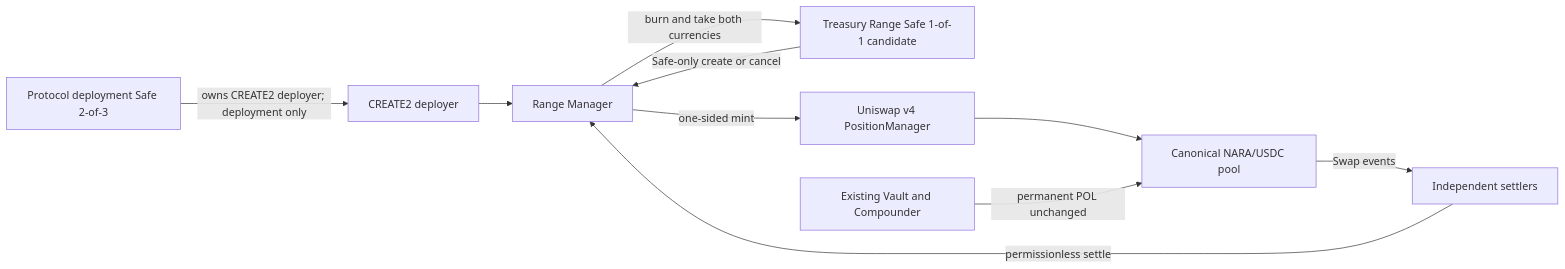
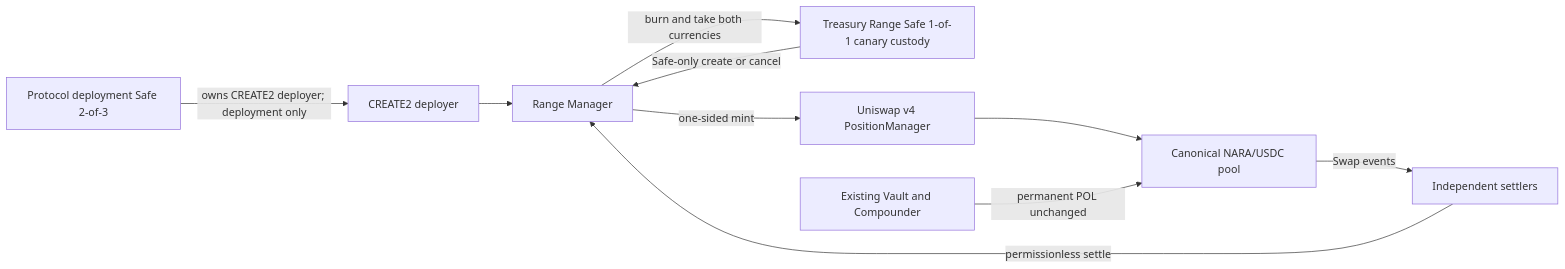
The diagram in docs/architecture/NARA_TREASURY_RANGE_MANAGER_V1.md (NARAProtocol/nara_protocol_v4), drawn with Mermaid before and after one commit. The commit also changed other lines of this file and 3 other files, not shown here.

Commit message:
docs(treasury): record protected Safe release (#63)

````diff
--- a/docs/architecture/NARA_TREASURY_RANGE_MANAGER_V1.md
+++ b/docs/architecture/NARA_TREASURY_RANGE_MANAGER_V1.md
@@ -16,12 +16,12 @@
 ```mermaid
 flowchart LR
     D[Protocol deployment Safe 2-of-3] -->|owns CREATE2 deployer; deployment only| X[CREATE2 deployer]
     X --> M[Range Manager]
-    S[Treasury Range Safe 1-of-1 candidate] -->|Safe-only create or cancel| M
+    S[Treasury Range Safe 1-of-1 canary custody] -->|Safe-only create or cancel| M
     M -->|one-sided mint| P[Uniswap v4 PositionManager]
     P --> C[Canonical NARA/USDC pool]
     C -->|Swap events| W[Independent settlers]
     W -->|permissionless settle| M
     M -->|burn and take both currencies| S
     V[Existing Vault and Compounder] -->|permanent POL unchanged| C
 ```
````
